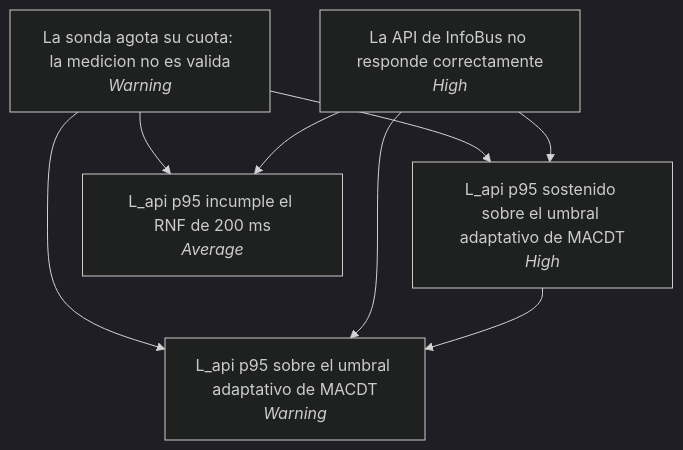
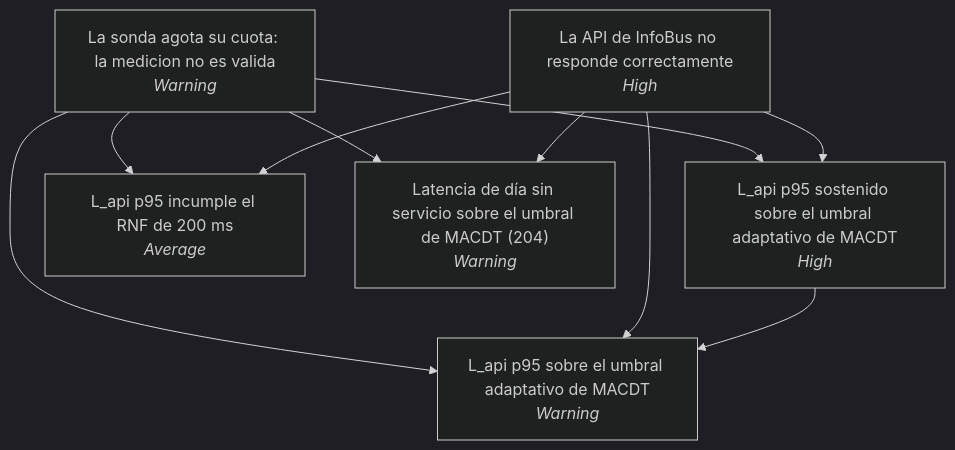
Before and after one commit to rsol9000-01/zabbix: the diagram in docs/README-template-simovilab-infobus.md, drawn with Mermaid (dark theme). The commit also changed other lines of this file and 6 other files, not shown here.

````diff
--- a/docs/README-template-simovilab-infobus.md
+++ b/docs/README-template-simovilab-infobus.md
@@ -29,15 +29,18 @@
 ```mermaid
 flowchart TD
   T0["L_api p95 sostenido sobre el umbral adaptativo de MACDT<br/><i>High</i>"]
   T1["La API de InfoBus no responde correctamente<br/><i>High</i>"]
   T2["L_api p95 incumple el RNF de 200 ms<br/><i>Average</i>"]
   T3["L_api p95 sobre el umbral adaptativo de MACDT<br/><i>Warning</i>"]
   T4["La sonda agota su cuota: la medicion no es valida<br/><i>Warning</i>"]
+  T5["Latencia de día sin servicio sobre el umbral de MACDT (204)<br/><i>Warning</i>"]
   T0 --> T3
   T1 --> T2
   T1 --> T3
   T1 --> T0
   T4 --> T2
   T4 --> T3
   T4 --> T0
+  T1 --> T5
+  T4 --> T5
 ```
````
